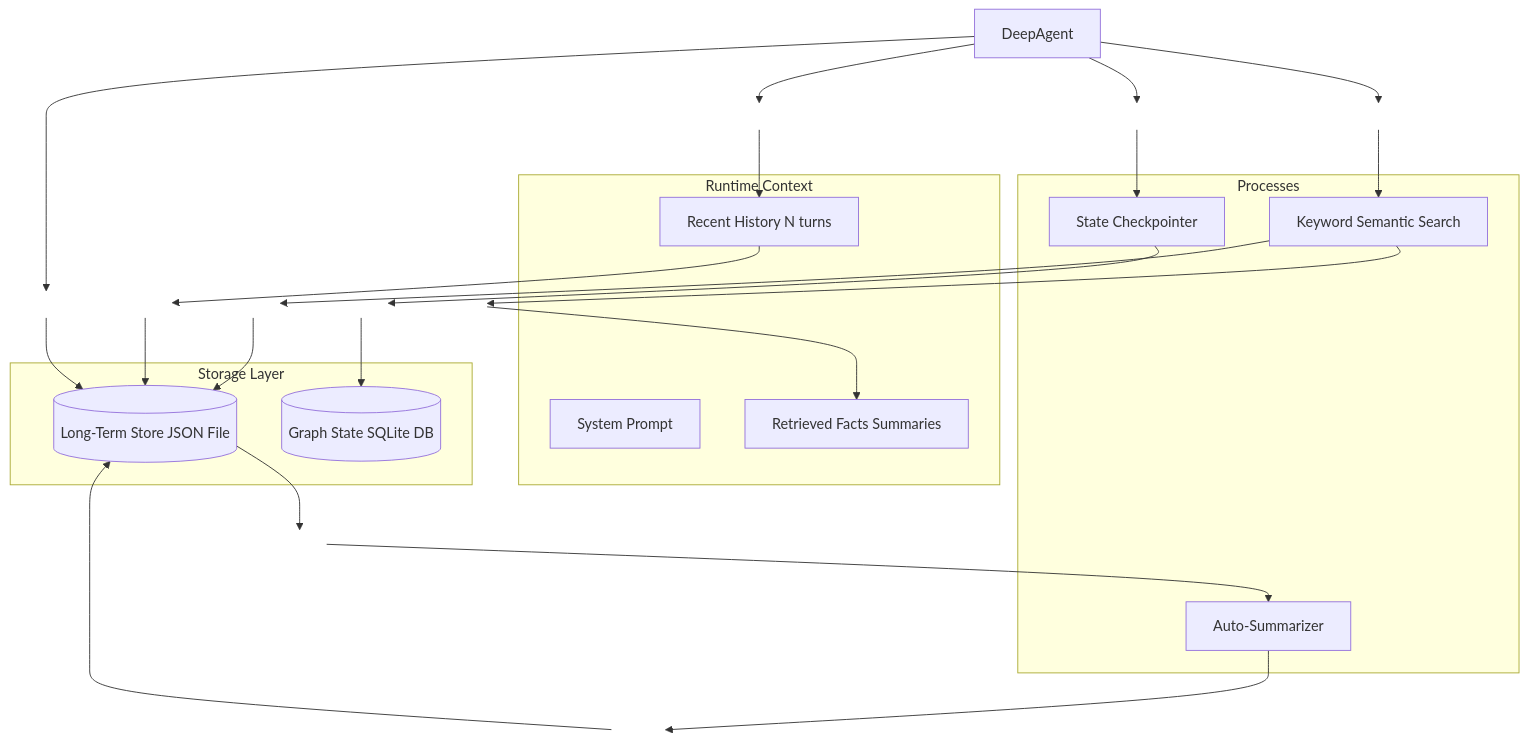
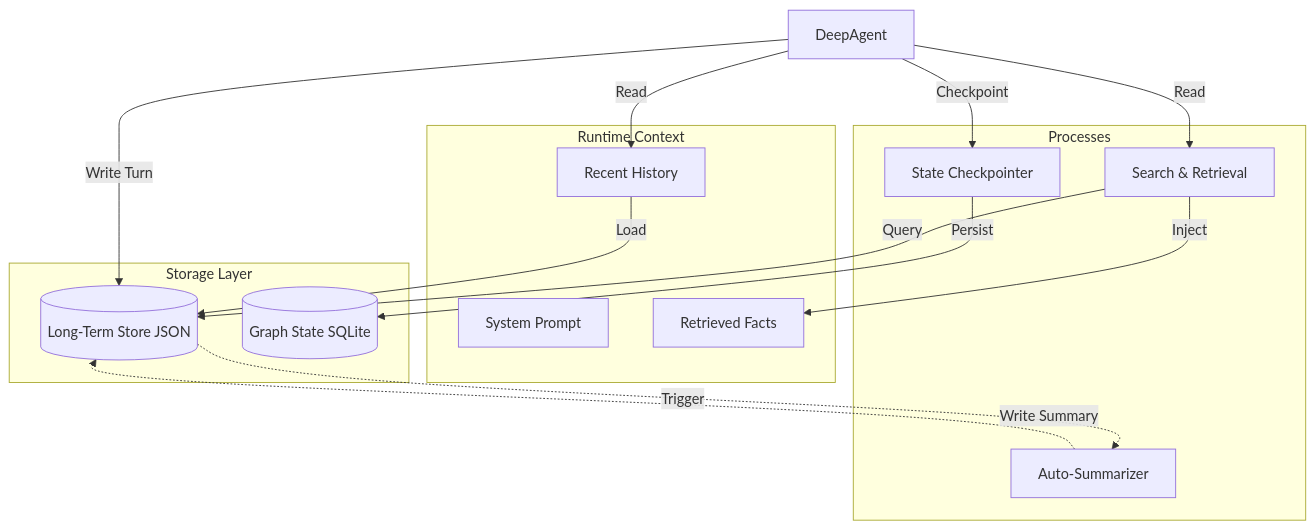
One commit to overfly83/deepAgent changed the fourth of 4 diagrams in ARCHITECTURE.md. Above: the diagram before and after it, drawn with Mermaid.

````diff
--- a/ARCHITECTURE.md
+++ b/ARCHITECTURE.md
@@ -194,49 +194,33 @@
 ```mermaid
 graph TD
-    subgraph RuntimeContext ["Runtime Context"]
+    subgraph Runtime_Context ["Runtime Context"]
         Prompt[System Prompt]
-        History[Recent History N turns]
-        Facts[Retrieved Facts Summaries]
+        History[Recent History]
+        Facts[Retrieved Facts]
     end
 
-    subgraph StorageLayer ["Storage Layer"]
-        JSON[(Long-Term Store JSON File)]
-        SQLite[(Graph State SQLite DB)]
+    subgraph Storage_Layer ["Storage Layer"]
+        JSON[(Long-Term Store JSON)]
+        SQLite[(Graph State SQLite)]
     end
 
     subgraph Processes ["Processes"]
-        Search[Keyword Semantic Search]
+        Search[Search & Retrieval]
         Summarizer[Auto-Summarizer]
         Checkpointer[State Checkpointer]
     end
 
-    Agent[DeepAgent] --> Read1 --> Search
-    Search --> Query --> JSON
-    Search --> Inject --> Facts
+    Agent[DeepAgent] -->|Read| Search
+    Search -->|Query| JSON
+    Search -->|Inject| Facts
     
-    Agent --> Read2 --> History
-    History --> From --> JSON
+    Agent -->|Read| History
+    History -->|Load| JSON
     
-    Agent --> Write --> JSON
-    Agent --> Checkpoint --> Checkpointer
-    Checkpointer --> Persist --> SQLite
+    Agent -->|Write Turn| JSON
+    Agent -->|Checkpoint| Checkpointer
+    Checkpointer -->|Persist| SQLite
     
-    JSON --> Trigger --> Summarizer
-    Summarizer --> WriteSum --> JSON
-
-    %% Define invisible helper nodes for labels (avoids long connector text)
-    Read1[Read]
-    Read2[Read]
-    Query[Query]
-    Inject[Inject]
-    From[From]
-    Write[Write Turn]
-    Checkpoint[Checkpoint]
-    Persist[Persist]
-    Trigger[Trigger every 8 turns]
-    WriteSum[Write Summary]
-    
-    %% Style helper nodes to be invisible (optional, for clean look)
-    classDef invisible fill:none,stroke:none,font-size:0;
-    class Read1,Read2,Query,Inject,From,Write,Checkpoint,Persist,Trigger,WriteSum invisible;
+    JSON -.->|Trigger| Summarizer
+    Summarizer -.->|Write Summary| JSON
 ```
````
